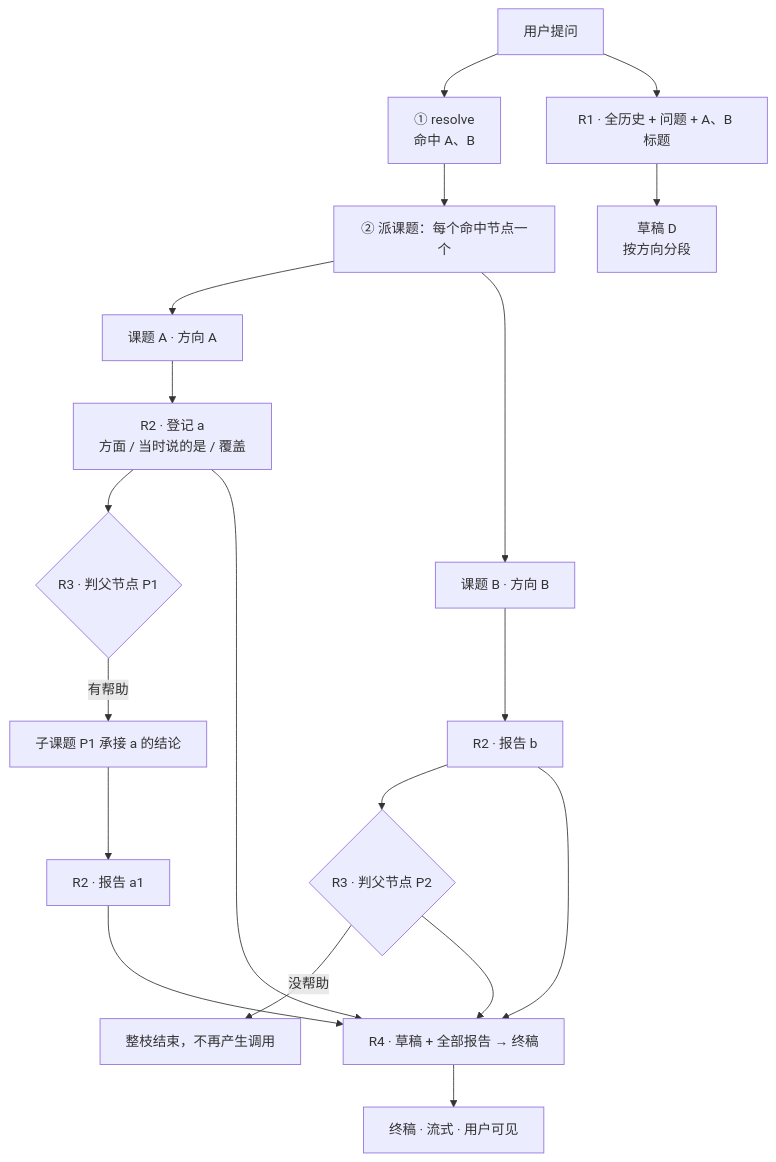
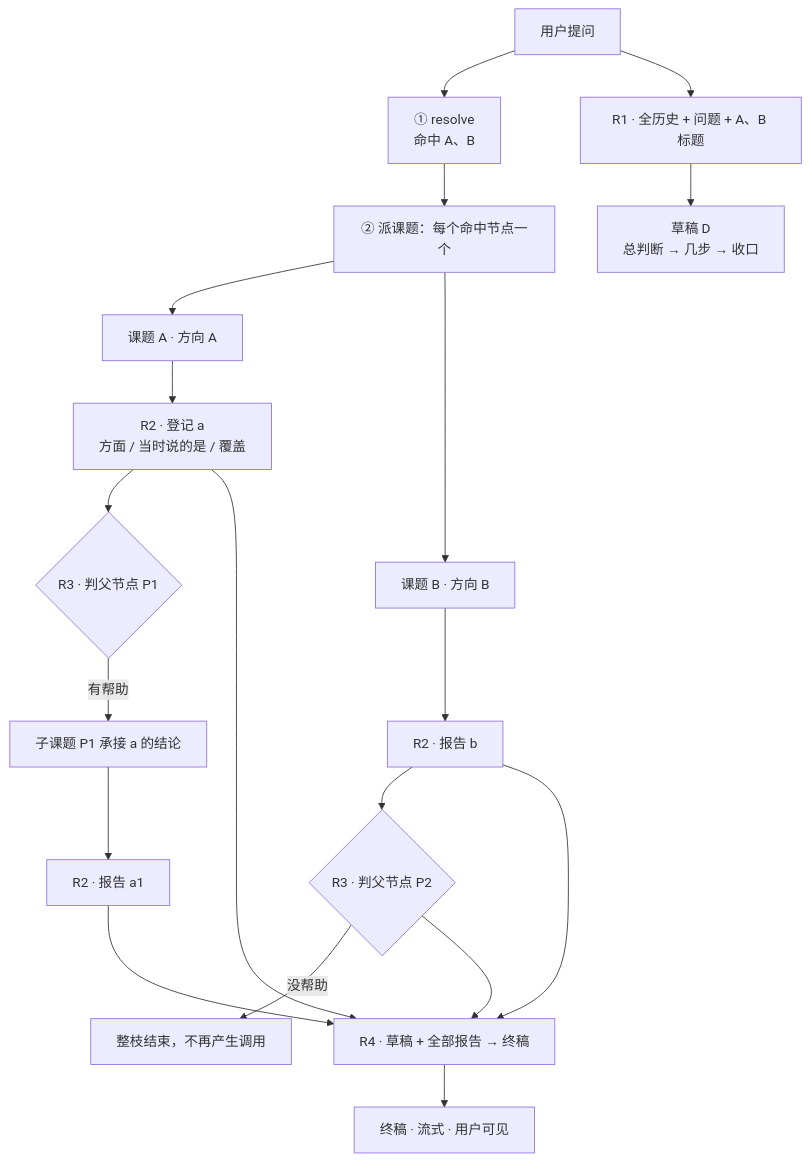
One commit to jocaine/CoRead-weread changed the diagram in docs/l3-progressive-retrieval.md. Above: the diagram before and after it, drawn with Mermaid. The commit also changed other lines of this file and 7 other files, not shown here.

````diff
--- a/docs/l3-progressive-retrieval.md
+++ b/docs/l3-progressive-retrieval.md
@@ -36,21 +36,21 @@
 ```mermaid
 flowchart TD
   Q[用户提问] --> RS[① resolve<br/>命中 A、B]
   Q --> R1[R1 · 全历史 + 问题 + A、B 标题]
-  R1 --> D[草稿 D<br/>按方向分段]
+  R1 --> D[草稿 D<br/>总判断 → 几步 → 收口]
   RS --> T[② 派课题：每个命中节点一个]
   T --> KA[课题 A · 方向 A]
   T --> KB[课题 B · 方向 B]
   KA --> RA[R2 · 登记 a<br/>方面 / 当时说的是 / 覆盖]
   KB --> RB[R2 · 报告 b]
   RA --> G1{R3 · 判父节点 P1}
   RB --> G2{R3 · 判父节点 P2}
   G1 -- 有帮助 --> SA[子课题 P1 承接 a 的结论]
   SA --> RA2[R2 · 报告 a1]
   G2 -- 没帮助 --> X[整枝结束，不再产生调用]
   RA --> R4[R4 · 草稿 + 全部报告 → 终稿]
   RB --> R4
   RA2 --> R4
   G2 --> R4
   R4 --> A[终稿 · 流式 · 用户可见]
 ```
````
